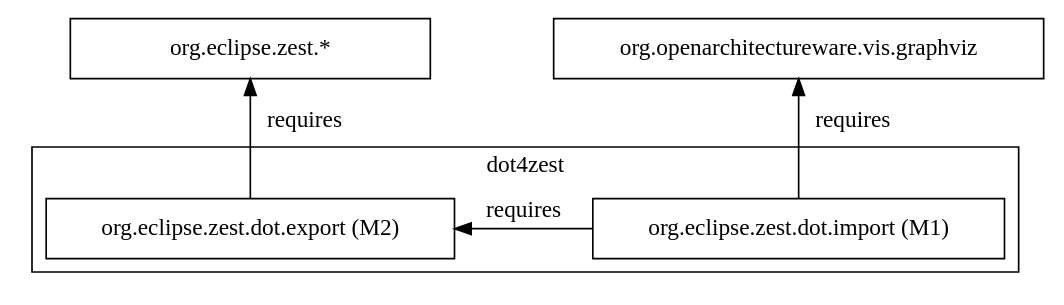
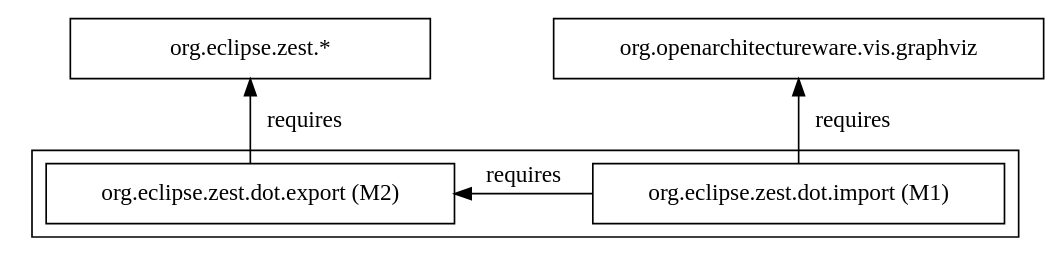
Before and after one commit to eclipse/gef-classic: the diagram in org.eclipse.zest.dot.import/resources/docs/dependencies.dot, drawn with Graphviz. The commit also changed 10 other files, not shown here.

```diff
--- a/org.eclipse.zest.dot.import/resources/docs/dependencies.dot
+++ b/org.eclipse.zest.dot.import/resources/docs/dependencies.dot
@@ -1,23 +1,23 @@
 /*******************************************************************************
  * Copyright (c) 2009 Fabian Steeg. All rights reserved. This program and the
  * accompanying materials are made available under the terms of the Eclipse
  * Public License v1.0 which accompanies this distribution, and is available at
  * http://www.eclipse.org/legal/epl-v10.html
  * <p/>
  * Contributors: Fabian Steeg - initial API and implementation; see bug 277380
  *******************************************************************************/
 digraph dependencies{
-	rankdir=TD
+	//rankdir=TD
 	node[shape=box width=3]
 	edge[]
 	zest[label="org.eclipse.zest.*"]
 	graphviz[label="org.openarchitectureware.vis.graphviz"]
 	subgraph cluster_0{
-		label="dot4zest"
+		//label="dot4zest"
 		import[label="org.eclipse.zest.dot.import (M1)"]
 		export[label="org.eclipse.zest.dot.export (M2)"]
 	}
 	zest->export[label=" requires" dir=back]
 	export->import[label=" requires" dir=back constraint=false]
 	graphviz->import[label=" requires" dir=back]
 }
```
